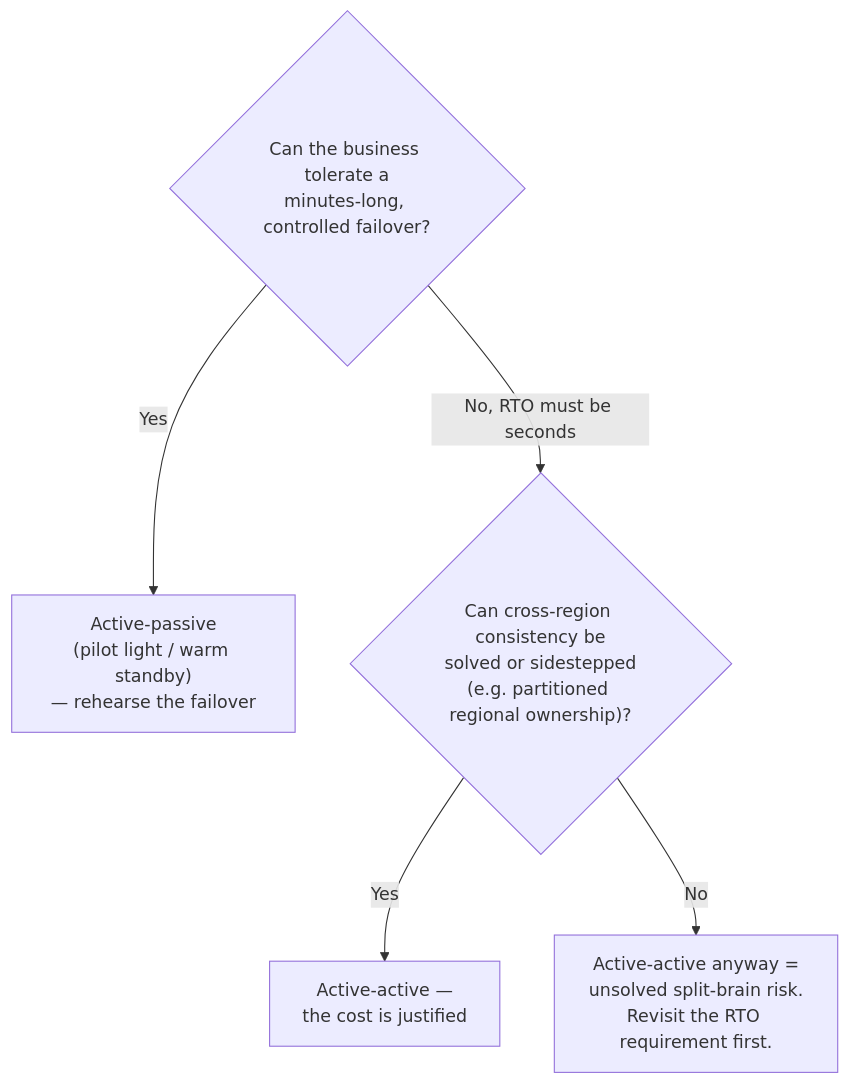
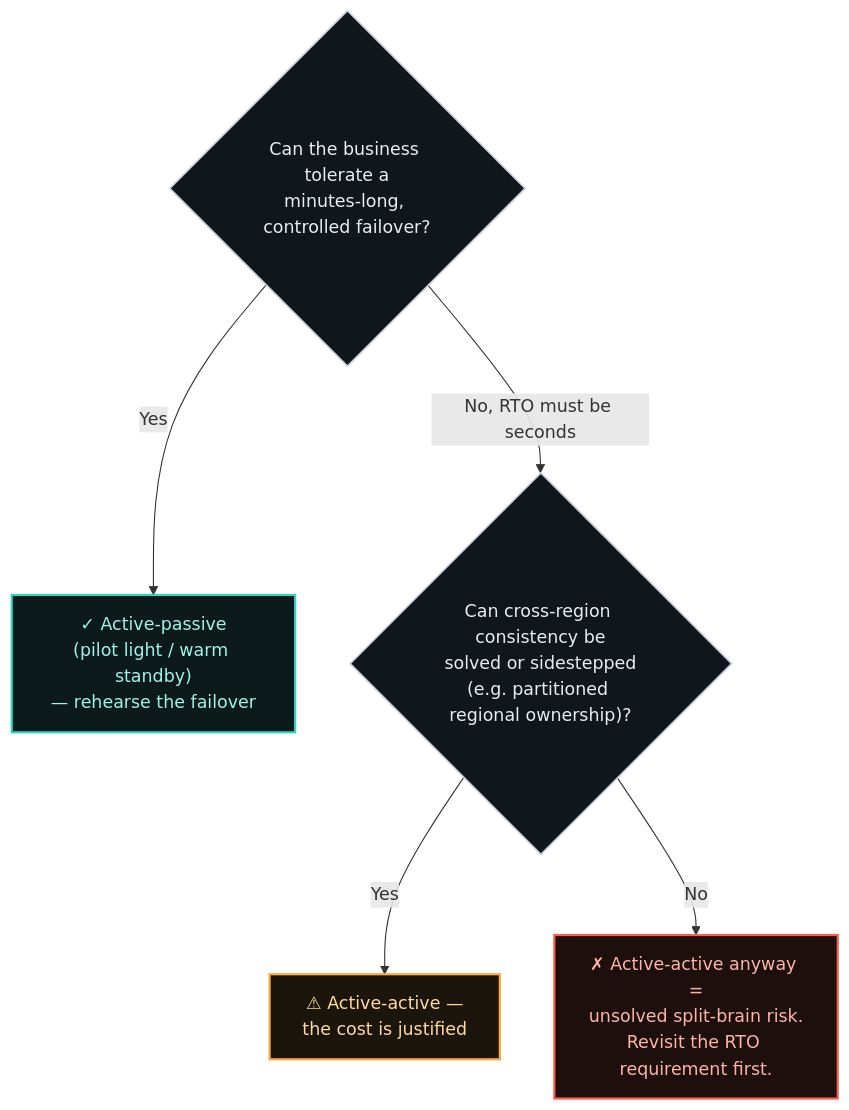
The third of 3 diagrams in adrs/003-multi-region-active-active-vs-active-passive.md (raghavarora12/engineering-playbook), drawn with Mermaid before and after one commit. The commit also changed other lines of this file and 10 other files, not shown here.

````diff
--- a/adrs/003-multi-region-active-active-vs-active-passive.md
+++ b/adrs/003-multi-region-active-active-vs-active-passive.md
@@ -118,8 +127,17 @@
 ```mermaid
 flowchart TD
     Q1{"Can the business tolerate a<br/>minutes-long, controlled failover?"}
-    Q1 -- Yes --> AP["Active-passive<br/>(pilot light / warm standby)<br/>— rehearse the failover"]
+    Q1 -- Yes --> AP["✓ Active-passive<br/>(pilot light / warm standby)<br/>— rehearse the failover"]
     Q1 -- "No, RTO must be seconds" --> Q2{"Can cross-region consistency be<br/>solved or sidestepped<br/>(e.g. partitioned regional ownership)?"}
-    Q2 -- Yes --> AA["Active-active —<br/>the cost is justified"]
-    Q2 -- No --> WARN["Active-active anyway =<br/>unsolved split-brain risk.<br/>Revisit the RTO requirement first."]
+    Q2 -- Yes --> AA["⚠ Active-active —<br/>the cost is justified"]
+    Q2 -- No --> WARN["✗ Active-active anyway =<br/>unsolved split-brain risk.<br/>Revisit the RTO requirement first."]
+
+    classDef decision fill:#11151c,stroke:#c7cfe0,stroke-width:1.5px,color:#e7ecf7
+    classDef good fill:#0d1a1c,stroke:#2dd4bf,stroke-width:2px,color:#9ff3e6
+    classDef warn fill:#1c150c,stroke:#ffa53d,stroke-width:2px,color:#ffd9a0
+    classDef bad fill:#1c0f0c,stroke:#ff5c4d,stroke-width:2px,color:#ffb4a8
+    class Q1,Q2 decision
+    class AP good
+    class AA warn
+    class WARN bad
 ```
````
